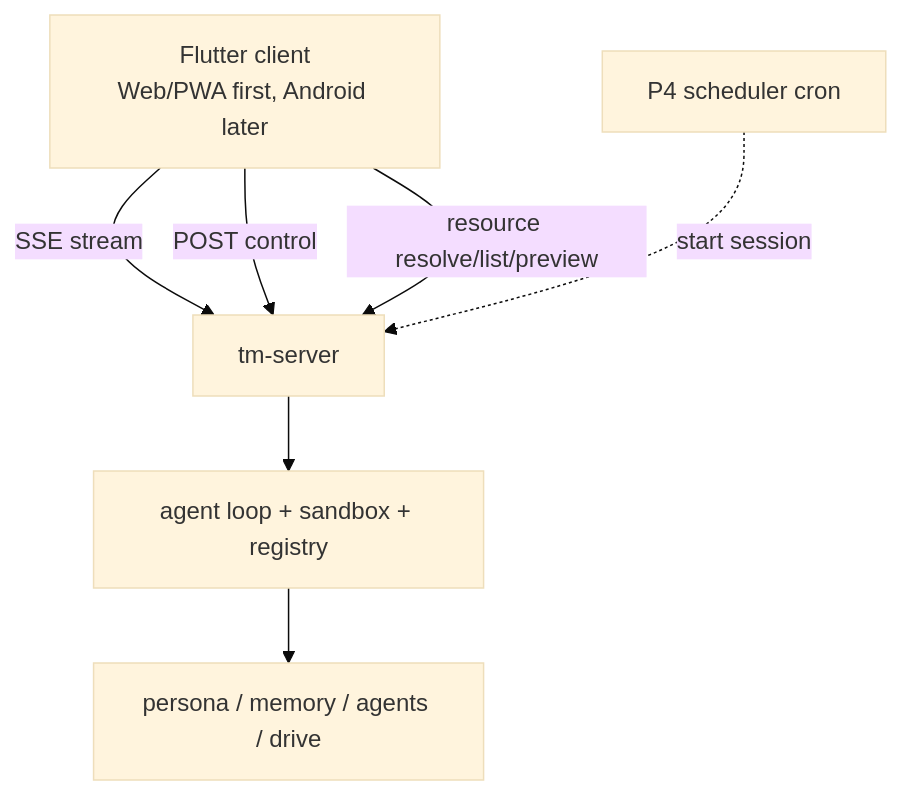
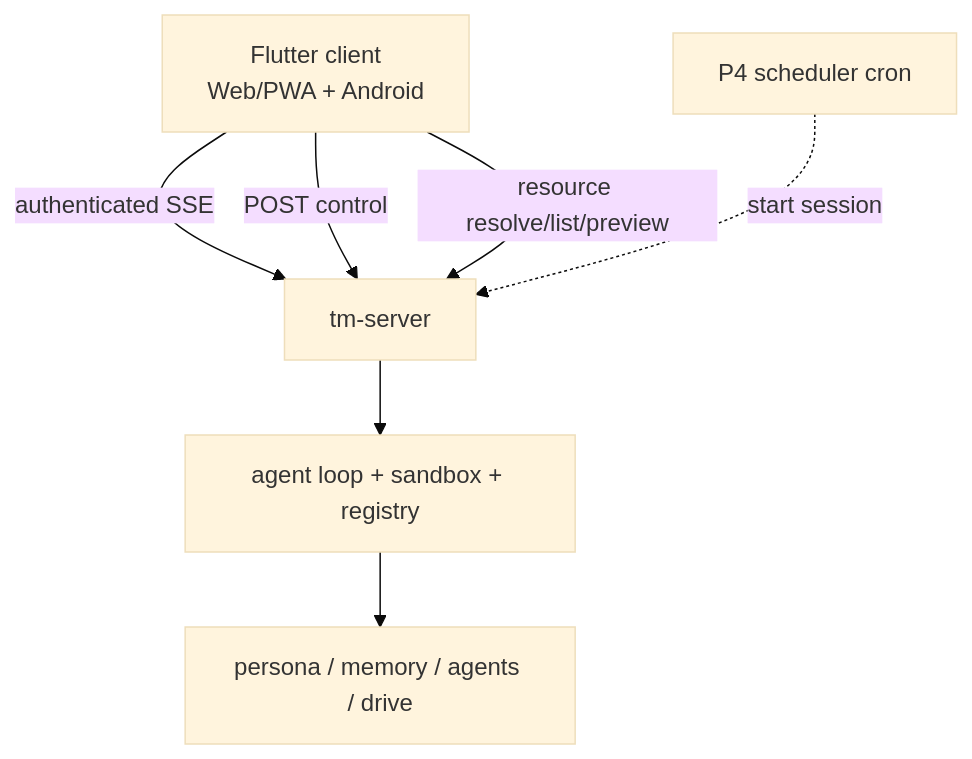
The diagram in docs/design/product/27-server-and-clients.md (mozufu/TempestMiku), drawn with Mermaid (base theme) before and after one commit. The commit also changed other lines of this file and 15 other files, not shown here.

````diff
--- a/docs/design/product/27-server-and-clients.md
+++ b/docs/design/product/27-server-and-clients.md
@@ -34,9 +39,9 @@
 ```mermaid
 flowchart TD
-  FLUTTER[Flutter client<br/>Web/PWA first, Android later] -->|SSE stream| SRV[tm-server]
+  FLUTTER[Flutter client<br/>Web/PWA + Android] -->|authenticated SSE| SRV[tm-server]
   FLUTTER -->|POST control| SRV
   FLUTTER -->|resource resolve/list/preview| SRV
   SCHED[P4 scheduler cron] -.start session.-> SRV
   SRV --> CORE[agent loop + sandbox + registry]
   CORE --> SUBS[persona / memory / agents / drive]
 ```
````
